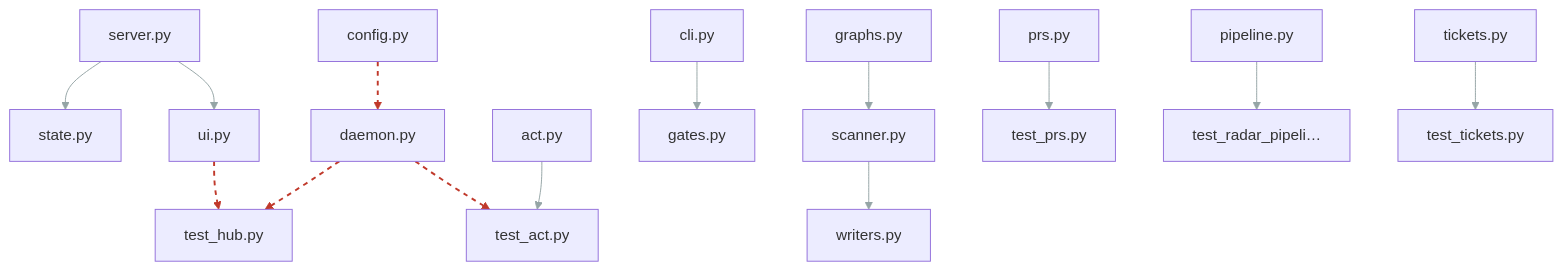
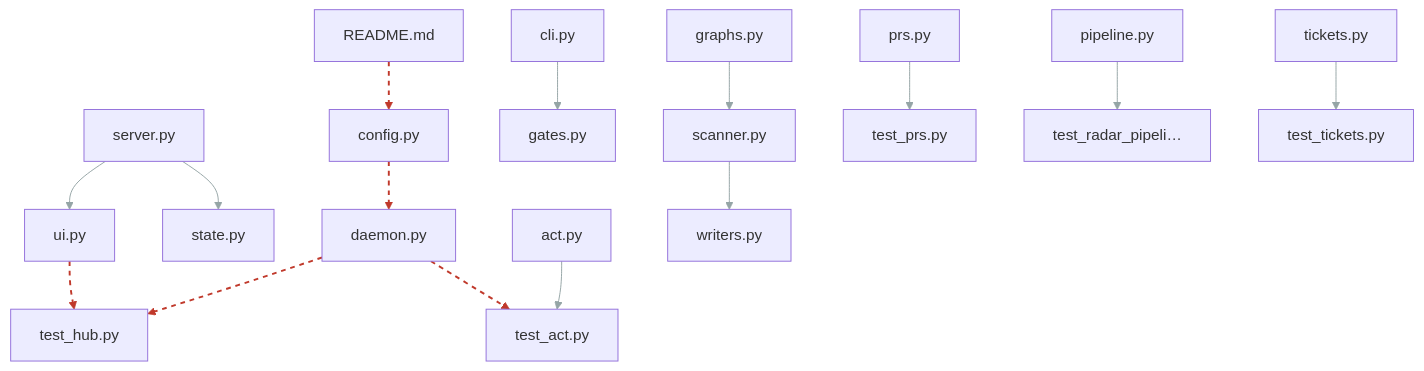
Before and after one commit to hhleroy97/repo-scan: the diagram in docs/reports/coupling.md, drawn with Mermaid. The commit also changed other lines of this file and 40 other files, not shown here.

First line of the commit message:
radar: implement tkt-0026 — Split repo_scan/tickets.py (654 lines) (#16)

````diff
--- a/docs/reports/coupling.md
+++ b/docs/reports/coupling.md
@@ -8,48 +8,51 @@
 ```mermaid
 graph TD
+  README_md["README.md"]
   repo_scan_config_py["config.py"]
   repo_scan_graphs_py["graphs.py"]
   repo_scan_hub_daemon_py["daemon.py"]
   repo_scan_hub_prs_py["prs.py"]
   repo_scan_hub_server_py["server.py"]
   repo_scan_hub_state_py["state.py"]
   repo_scan_hub_ui_py["ui.py"]
   repo_scan_radar_act_py["act.py"]
   repo_scan_radar_cli_py["cli.py"]
   repo_scan_radar_gates_py["gates.py"]
   repo_scan_radar_pipeline_py["pipeline.py"]
   repo_scan_scanner_py["scanner.py"]
   repo_scan_tickets_py["tickets.py"]
   repo_scan_writers_py["writers.py"]
   tests_test_act_py["test_act.py"]
   tests_test_hub_py["test_hub.py"]
   tests_test_prs_py["test_prs.py"]
   tests_test_radar_pipeline_py["test_radar_pipeli…"]
   tests_test_tickets_py["test_tickets.py"]
   repo_scan_hub_prs_py --> tests_test_prs_py
+  repo_scan_radar_cli_py --> repo_scan_radar_gates_py
   repo_scan_hub_server_py --> repo_scan_hub_ui_py
-  repo_scan_radar_cli_py --> repo_scan_radar_gates_py
   repo_scan_tickets_py --> tests_test_tickets_py
   repo_scan_hub_daemon_py --> tests_test_act_py
   repo_scan_radar_pipeline_py --> tests_test_radar_pipeline_py
   repo_scan_radar_act_py --> tests_test_act_py
   repo_scan_graphs_py --> repo_scan_scanner_py
+  repo_scan_config_py --> repo_scan_hub_daemon_py
   repo_scan_scanner_py --> repo_scan_writers_py
+  README_md --> repo_scan_config_py
+  repo_scan_hub_ui_py --> tests_test_hub_py
+  repo_scan_hub_daemon_py --> tests_test_hub_py
   repo_scan_hub_server_py --> repo_scan_hub_state_py
-  repo_scan_config_py --> repo_scan_hub_daemon_py
-  repo_scan_hub_daemon_py --> tests_test_hub_py
-  repo_scan_hub_ui_py --> tests_test_hub_py
 linkStyle 0 stroke:#95a5a6,stroke-width:1px
 linkStyle 1 stroke:#95a5a6,stroke-width:1px
 linkStyle 2 stroke:#95a5a6,stroke-width:1px
 linkStyle 3 stroke:#95a5a6,stroke-width:1px
 linkStyle 4 stroke:#c0392b,stroke-width:2px,stroke-dasharray: 5 5
 linkStyle 5 stroke:#95a5a6,stroke-width:1px
 linkStyle 6 stroke:#95a5a6,stroke-width:1px
 linkStyle 7 stroke:#95a5a6,stroke-width:1px
-linkStyle 8 stroke:#95a5a6,stroke-width:1px
+linkStyle 8 stroke:#c0392b,stroke-width:2px,stroke-dasharray: 5 5
 linkStyle 9 stroke:#95a5a6,stroke-width:1px
 linkStyle 10 stroke:#c0392b,stroke-width:2px,stroke-dasharray: 5 5
 linkStyle 11 stroke:#c0392b,stroke-width:2px,stroke-dasharray: 5 5
 linkStyle 12 stroke:#c0392b,stroke-width:2px,stroke-dasharray: 5 5
+linkStyle 13 stroke:#95a5a6,stroke-width:1px
 ```
````
